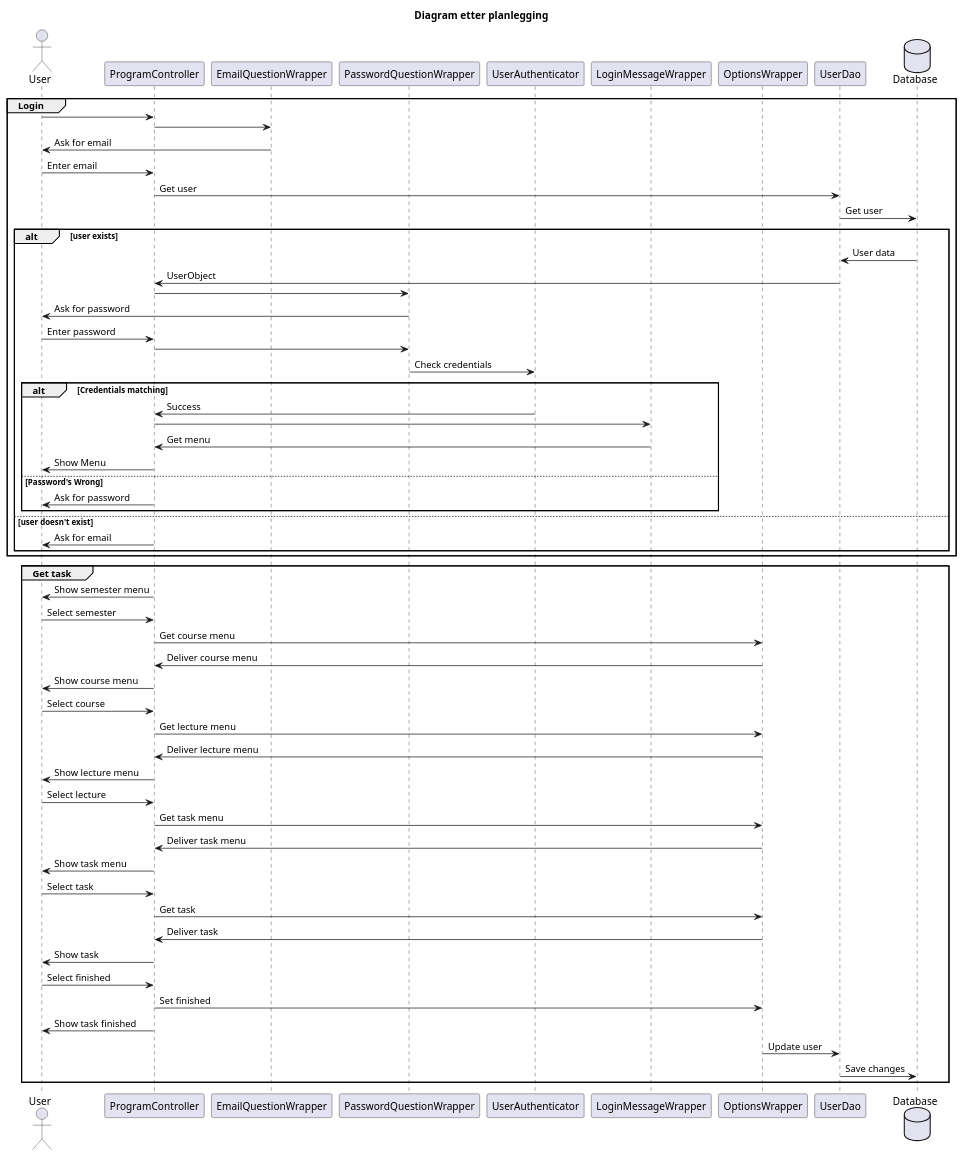
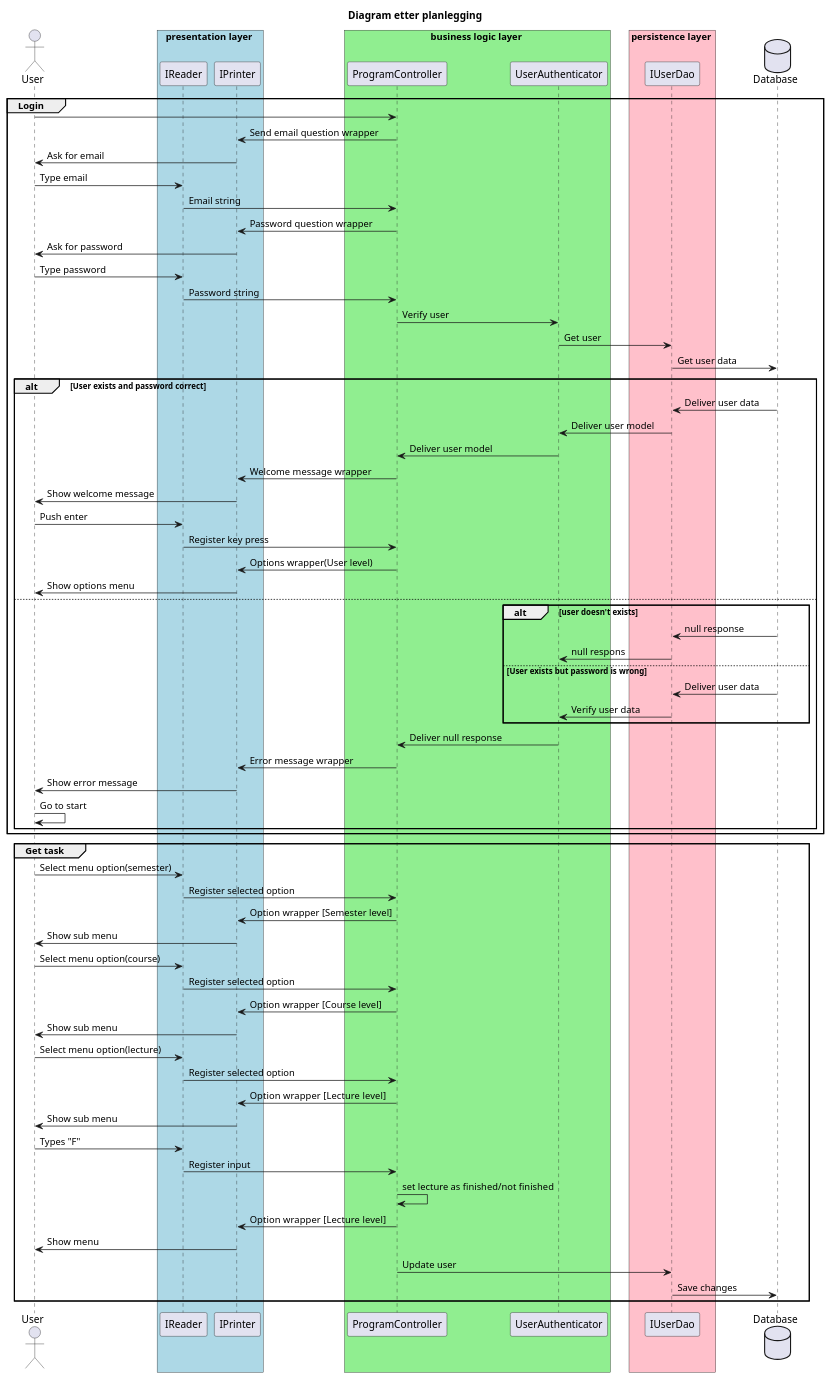
One commit to mariebmo-edu/pg3302-software-design-eksamen changed the diagram in documentation/SequenceDiagram_Final.puml. Above: the diagram before and after it, drawn with PlantUML. The commit also changed other lines of this file, not shown here.

Commit message:
UML "refactored"

```diff
--- a/documentation/SequenceDiagram_Final.puml
+++ b/documentation/SequenceDiagram_Final.puml
@@ -1,70 +1,86 @@
 @startuml
 title Diagram etter planlegging
 
 actor User
+box presentation layer #lightblue
+    participant IReader
+    participant IPrinter
+end box
+box business logic layer #lightgreen
 participant ProgramController
-participant EmailQuestionWrapper
-participant PasswordQuestionWrapper
 participant UserAuthenticator
-participant LoginMessageWrapper
-participant OptionsWrapper
+end box
 
-participant UserDao
+box persistence layer #pink 
+participant IUserDao
+end box
 database Database
 
 group Login
+
 	User->ProgramController
-	ProgramController->EmailQuestionWrapper
-	User<-EmailQuestionWrapper:Ask for email
-	User->ProgramController:Enter email
-	ProgramController->UserDao:Get user
-	UserDao->Database:Get user
+	IPrinter<-ProgramController:Send email question wrapper 
+	User<-IPrinter:Ask for email
+    User->IReader:Type email
+    IReader->ProgramController:Email string
+	ProgramController->IPrinter:Password question wrapper
+	IPrinter->User:Ask for password
+	User->IReader:Type password
+	IReader->ProgramController:Password string
+	ProgramController->UserAuthenticator: Verify user
+	UserAuthenticator->IUserDao: Get user
+	IUserDao->Database:Get user data
 	
-	alt user exists 
-	UserDao<-Database:User data
-	ProgramController<-UserDao:UserObject
-	ProgramController->PasswordQuestionWrapper
-	User<-PasswordQuestionWrapper:Ask for password
-	User->ProgramController:Enter password
-	ProgramController->PasswordQuestionWrapper
-	PasswordQuestionWrapper->UserAuthenticator:Check credentials
-	alt Credentials matching
-	    ProgramController<-UserAuthenticator:Success
-	    ProgramController->LoginMessageWrapper
-	    ProgramController<-LoginMessageWrapper:Get menu
-	    User<-ProgramController:Show Menu
-    else Password's Wrong
-    User<-ProgramController:Ask for password	    
-	end
-	else user doesn't exist 
-	    User<-ProgramController:Ask for email
+	
+	alt User exists and password correct
+	    Database->IUserDao:Deliver user data
+	    IUserDao->UserAuthenticator: Deliver user model
+	    UserAuthenticator->ProgramController:Deliver user model
+	    ProgramController->IPrinter: Welcome message wrapper
+	    IPrinter->User: Show welcome message
+	    User->IReader: Push enter
+	    IReader->ProgramController: Register key press
+	    ProgramController->IPrinter:Options wrapper(User level)
+	    IPrinter->User: Show options menu
+    else 
+        alt user doesn't exists
+	        Database->IUserDao: null response
+	        IUserDao->UserAuthenticator: null respons
+        else User exists but password is wrong
+            Database->IUserDao: Deliver user data
+            IUserDao->UserAuthenticator: Verify user data
+        end
+        UserAuthenticator->ProgramController: Deliver null response
+        ProgramController->IPrinter: Error message wrapper
+        IPrinter->User: Show error message
+        User->User:Go to start
 	end
 end
 
 group Get task
-    User<-ProgramController: Show semester menu
-    User->ProgramController: Select semester
-    ProgramController->OptionsWrapper:Get course menu
-    ProgramController<-OptionsWrapper:Deliver course menu
-    User<-ProgramController:Show course menu
-    User->ProgramController:Select course 
-    ProgramController->OptionsWrapper:Get lecture menu
-    ProgramController<-OptionsWrapper: Deliver lecture menu
-    User<-ProgramController:Show lecture menu
-    User->ProgramController:Select lecture
-    ProgramController->OptionsWrapper:Get task menu
-    ProgramController<-OptionsWrapper:Deliver task menu
-    User<-ProgramController: Show task menu
-    User->ProgramController: Select task
-    ProgramController->OptionsWrapper:Get task
-    ProgramController<-OptionsWrapper:Deliver task
-    User<-ProgramController:Show task
-    User->ProgramController:Select finished
-    ProgramController->OptionsWrapper:Set finished
-    User<-ProgramController:Show task finished
-    OptionsWrapper->UserDao:Update user
-    UserDao->Database:Save changes
+    User->IReader: Select menu option(semester)
+    IReader->ProgramController: Register selected option
+    ProgramController->IPrinter: Option wrapper [Semester level] 
+    IPrinter->User: Show sub menu
+    
+    User->IReader: Select menu option(course)
+    IReader->ProgramController: Register selected option
+    ProgramController->IPrinter: Option wrapper [Course level] 
+    IPrinter->User: Show sub menu
+    
+    User->IReader: Select menu option(lecture)
+    IReader->ProgramController: Register selected option
+    ProgramController->IPrinter: Option wrapper  [Lecture level]
+    IPrinter->User: Show sub menu
+    User->IReader: Types "F"
+    IReader->ProgramController: Register input 
+    ProgramController->ProgramController:set lecture as finished/not finished
+    ProgramController->IPrinter: Option wrapper  [Lecture level]
+    IPrinter->User: Show menu
+    ProgramController->IUserDao:Update user
+    IUserDao->Database:Save changes
+        
 end
 
 
 @enduml
```
